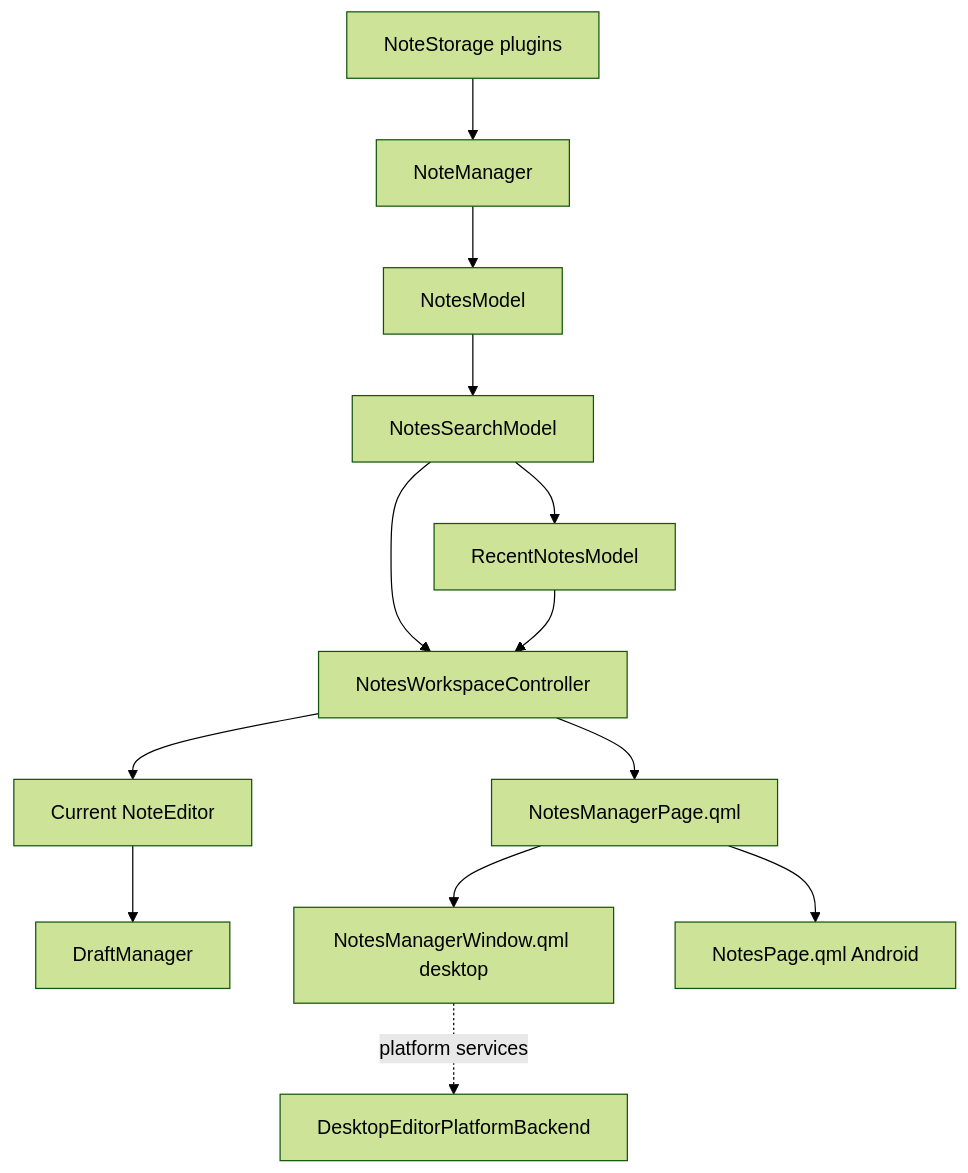
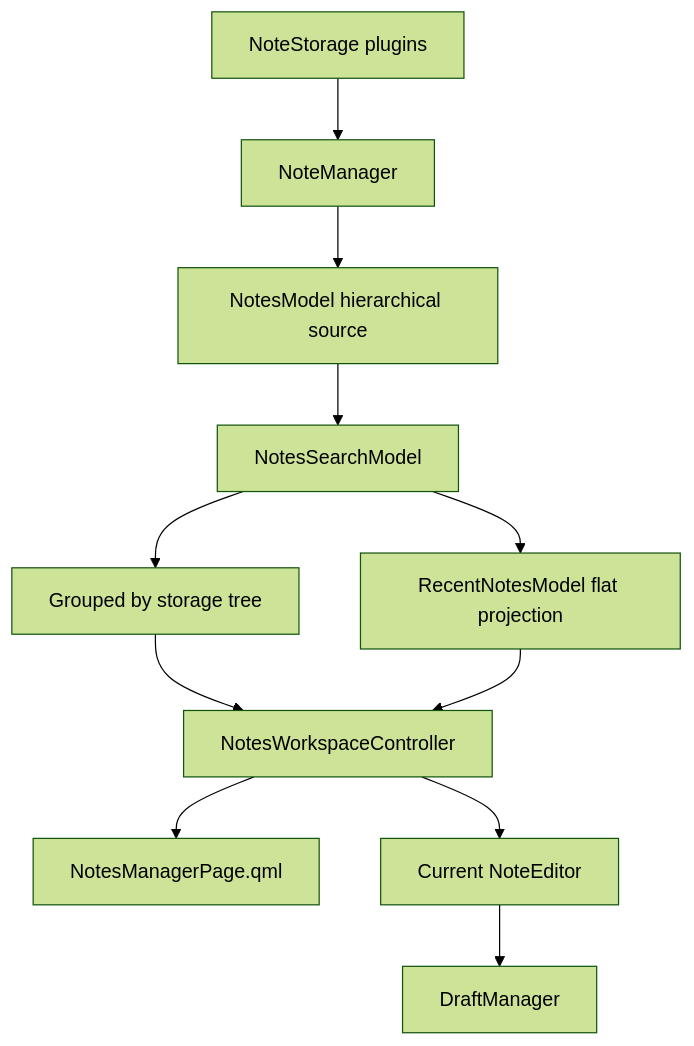
The diagram in docs/notes-manager-architecture.md (Ri0n/QtNote), drawn with Mermaid (forest theme) before and after one commit. The commit also changed other lines of this file and 87 other files, not shown here.

````diff
--- a/docs/notes-manager-architecture.md
+++ b/docs/notes-manager-architecture.md
@@ -12,16 +12,13 @@
 ```mermaid
 flowchart TD
     NS[NoteStorage plugins] --> NM[NoteManager]
-    NM --> MODEL[NotesModel]
+    NM --> MODEL[NotesModel hierarchical source]
     MODEL --> SEARCH[NotesSearchModel]
-    SEARCH --> RECENT[RecentNotesModel]
-    SEARCH --> WC[NotesWorkspaceController]
+    SEARCH --> GROUPED[Grouped by storage tree]
+    SEARCH --> RECENT[RecentNotesModel flat projection]
+    GROUPED --> WC[NotesWorkspaceController]
     RECENT --> WC
     WC --> PAGE[NotesManagerPage.qml]
     WC --> EDITOR[Current NoteEditor]
     EDITOR --> DRAFTS[DraftManager]
-
-    PAGE --> DW[NotesManagerWindow.qml desktop]
-    PAGE --> AM[NotesPage.qml Android]
-    DW -. platform services .-> DPB[DesktopEditorPlatformBackend]
 ```
````
